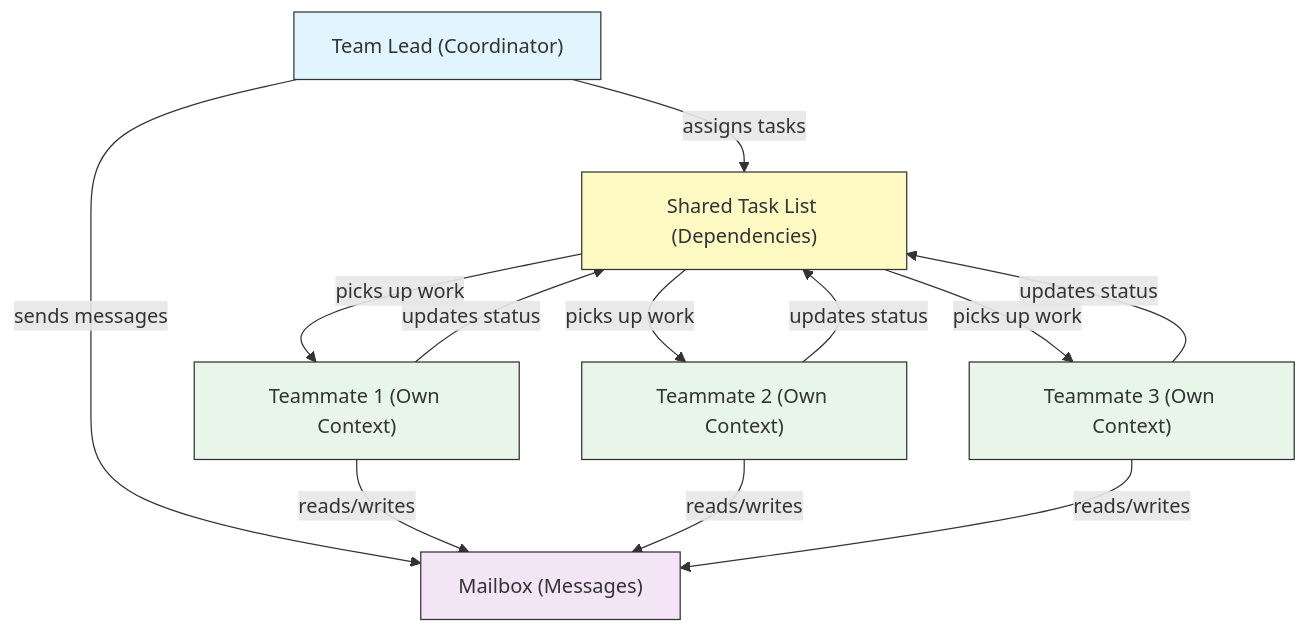
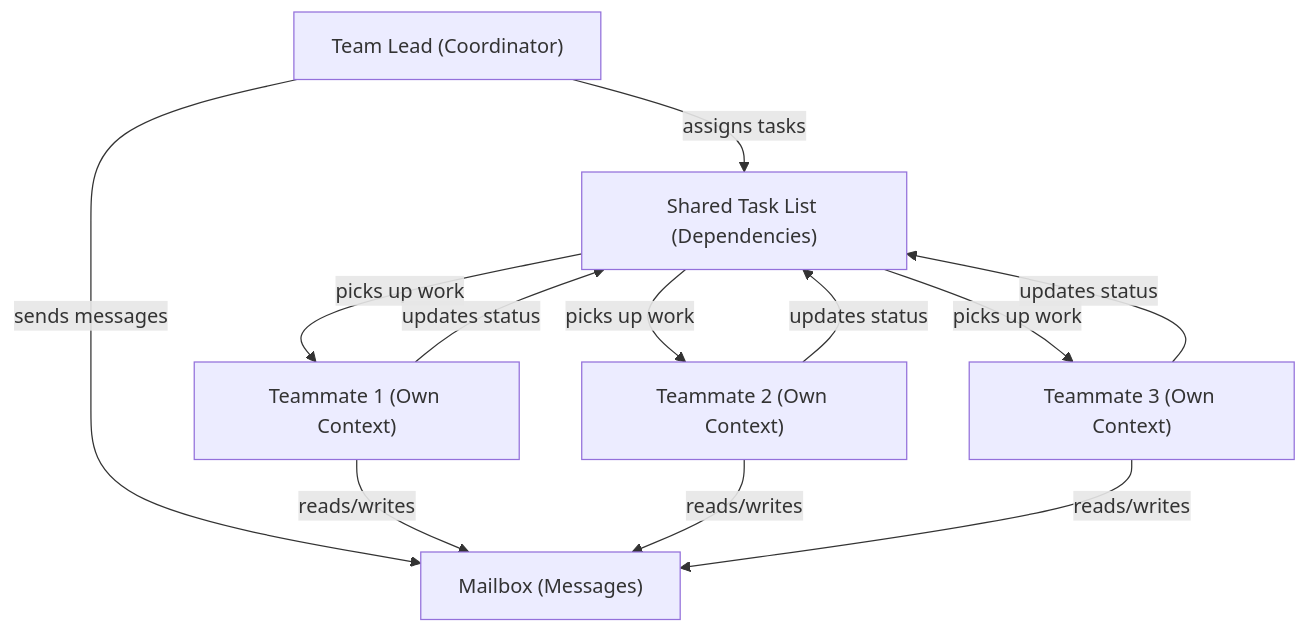
One commit to Rx782-Fss/claude-howto-zh changed the third of 7 diagrams in claude-howto-zh/04-subagents/README.md. Above: the diagram before and after it, drawn with Mermaid. The commit also changed other lines of this file and 9 other files, not shown here.

Commit message:
fix: 清除 Mermaid style 行(105处)和节点标签数字列表格式(17处)，修复 Obsidian/GitHub 'Unsupported markdown: list' 渲染错误

````diff
--- a/claude-howto-zh/04-subagents/README.md
+++ b/claude-howto-zh/04-subagents/README.md
@@ -649,28 +640,22 @@
 ```mermaid
 graph TB
     Lead["Team Lead (Coordinator)"]
     TaskList["Shared Task List (Dependencies)"]
     Mailbox["Mailbox (Messages)"]
     T1["Teammate 1 (Own Context)"]
     T2["Teammate 2 (Own Context)"]
     T3["Teammate 3 (Own Context)"]
 
     Lead -->|assigns tasks| TaskList
     Lead -->|sends messages| Mailbox
     TaskList -->|picks up work| T1
     TaskList -->|picks up work| T2
     TaskList -->|picks up work| T3
     T1 -->|reads/writes| Mailbox
     T2 -->|reads/writes| Mailbox
     T3 -->|reads/writes| Mailbox
     T1 -->|updates status| TaskList
     T2 -->|updates status| TaskList
     T3 -->|updates status| TaskList
 
-    style Lead fill:#e1f5fe,stroke:#333,color:#333
-    style TaskList fill:#fff9c4,stroke:#333,color:#333
-    style Mailbox fill:#f3e5f5,stroke:#333,color:#333
-    style T1 fill:#e8f5e9,stroke:#333,color:#333
-    style T2 fill:#e8f5e9,stroke:#333,color:#333
-    style T3 fill:#e8f5e9,stroke:#333,color:#333
 ```
````
